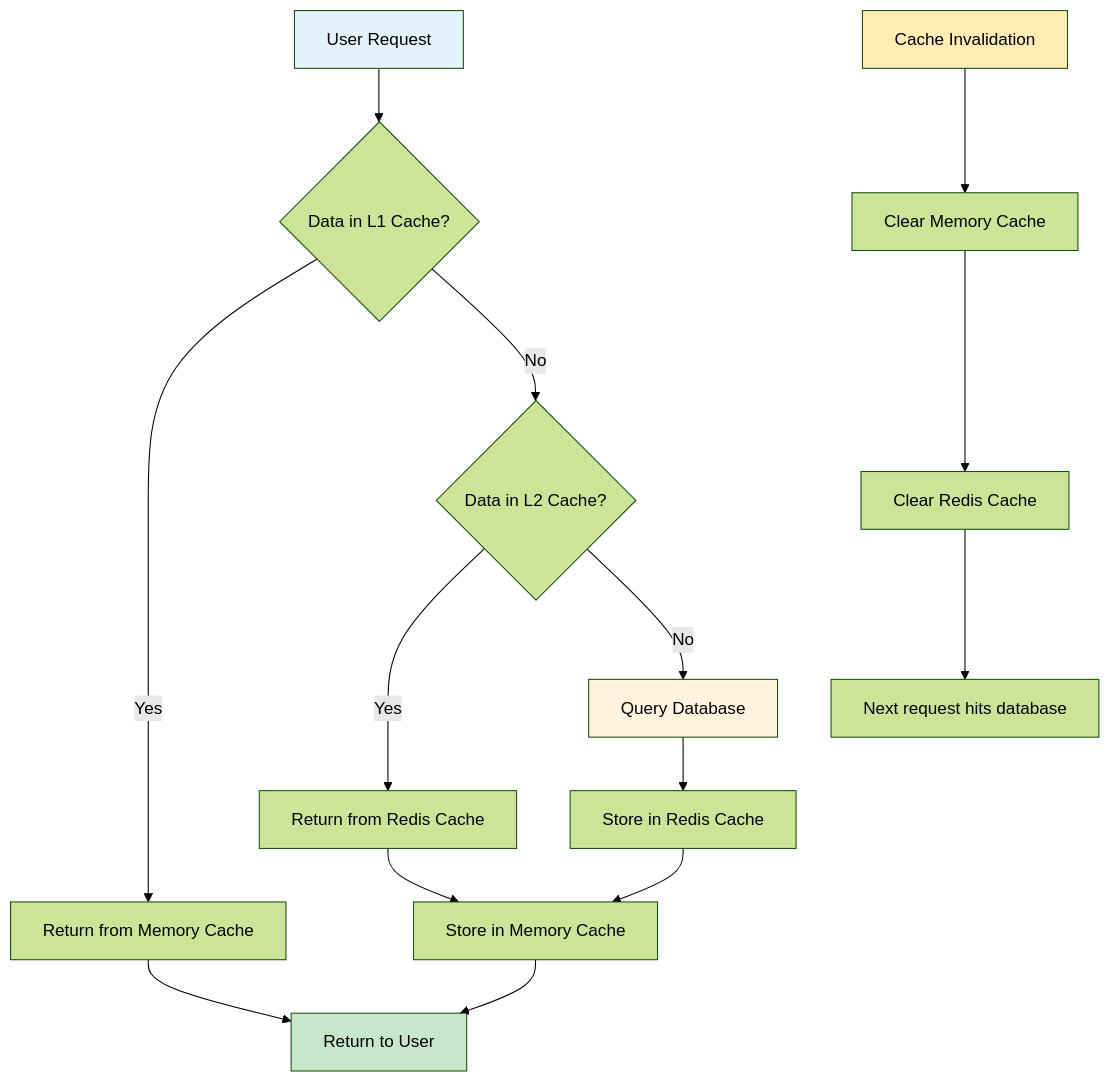
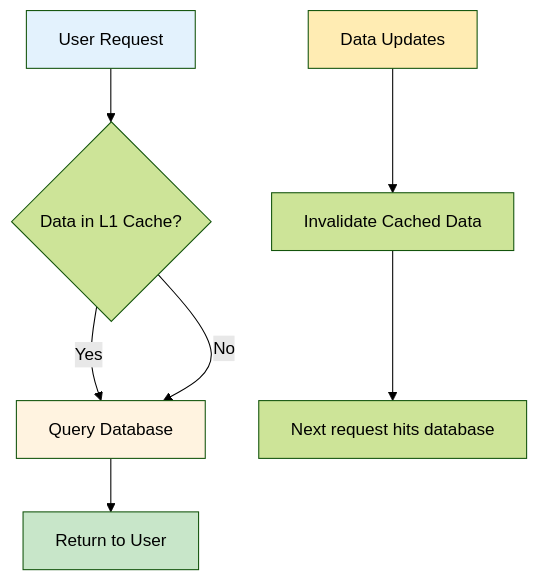
Diagram 11 of 13 in docs/Process-Flow-Documentation.md (rockfordlhotka/BlazorFishingRegs), drawn with Mermaid (forest theme) before and after one commit. The commit also changed other lines of this file and 26 other files, not shown here.

````diff
--- a/docs/Process-Flow-Documentation.md
+++ b/docs/Process-Flow-Documentation.md
@@ -289,23 +276,16 @@
 ```mermaid
 flowchart TD
     A[User Request] --> B{Data in L1 Cache?}
     B -->|Yes| C[Return from Memory Cache]
-    B -->|No| D{Data in L2 Cache?}
-    D -->|Yes| E[Return from Redis Cache]
-    D -->|No| F[Query Database]
+    B -->|No| C[Query Database]
     
-    F --> G[Store in Redis Cache]
-    G --> H[Store in Memory Cache]
-    H --> I[Return to User]
-    E --> H
-    C --> I
+    C --> D[Return to User]
     
-    J[Cache Invalidation] --> K[Clear Memory Cache]
-    K --> L[Clear Redis Cache]
-    L --> M[Next request hits database]
+    E[Data Updates] --> F[Invalidate Cached Data]
+    F --> G[Next request hits database]
     
     style A fill:#e3f2fd
-    style I fill:#c8e6c9
-    style F fill:#fff3e0
-    style J fill:#ffecb3
+    style D fill:#c8e6c9
+    style C fill:#fff3e0
+    style E fill:#ffecb3
 ```
````
